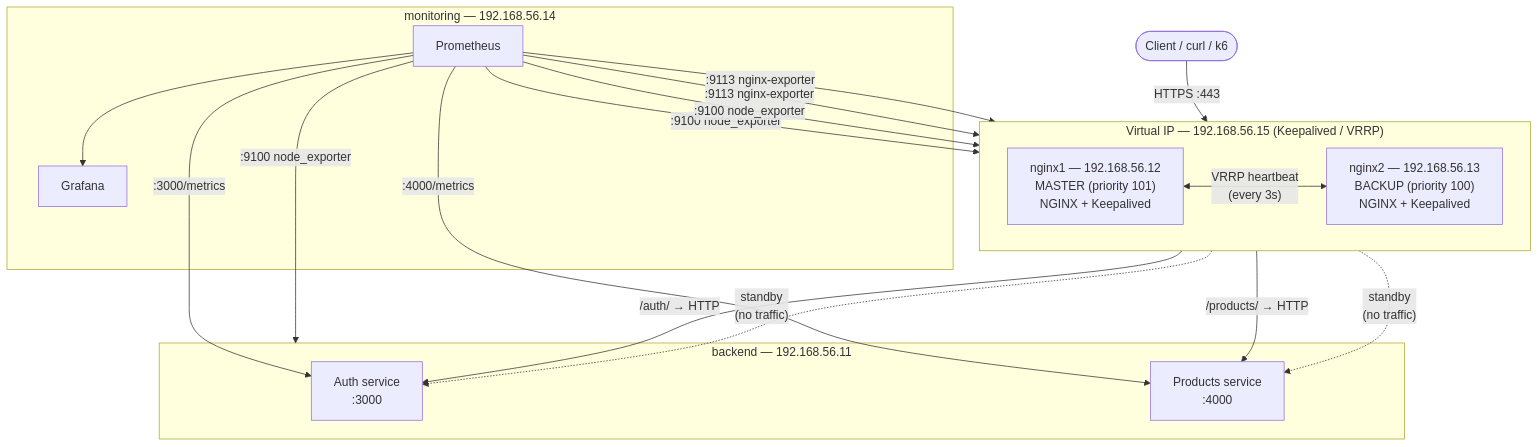
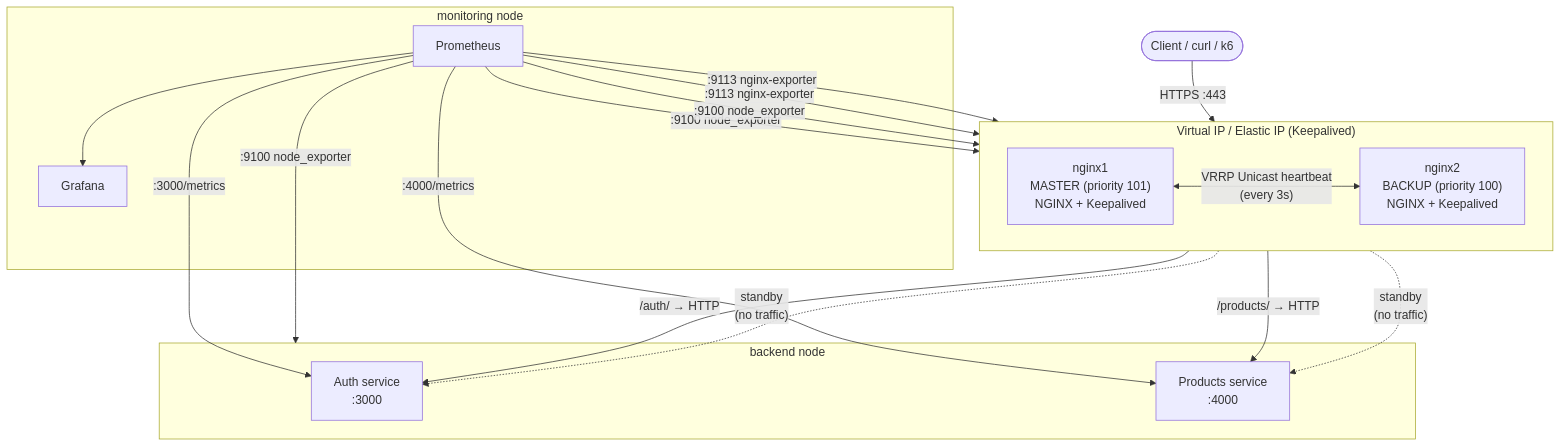
The first of 4 diagrams in README.md (kofta999/nginx-ha), drawn with Mermaid before and after one commit. The commit also changed other lines of this file and 11 other files, not shown here.

````diff
--- a/README.md
+++ b/README.md
@@ -11,36 +54,36 @@
 ```mermaid
 graph TB
     Client([Client / curl / k6])
 
-    subgraph VIP ["Virtual IP — 192.168.56.15 (Keepalived / VRRP)"]
+    subgraph VIP ["Virtual IP / Elastic IP (Keepalived)"]
         direction LR
-        N1["nginx1 — 192.168.56.12\nMASTER (priority 101)\nNGINX + Keepalived"]
-        N2["nginx2 — 192.168.56.13\nBACKUP (priority 100)\nNGINX + Keepalived"]
-        N1 <-->|"VRRP heartbeat\n(every 3s)"| N2
+        N1["nginx1\nMASTER (priority 101)\nNGINX + Keepalived"]
+        N2["nginx2\nBACKUP (priority 100)\nNGINX + Keepalived"]
+        N1 <-->|"VRRP Unicast heartbeat\n(every 3s)"| N2
     end
 
-    subgraph Backend ["backend — 192.168.56.11"]
+    subgraph Backend ["backend node"]
         AUTH["Auth service\n:3000"]
         PRODUCTS["Products service\n:4000"]
     end
 
-    subgraph Monitoring ["monitoring — 192.168.56.14"]
+    subgraph Monitoring ["monitoring node"]
         PROM[Prometheus]
         GRAF[Grafana]
         PROM --> GRAF
     end
 
     Client -->|HTTPS :443| VIP
     N1 -->|"/auth/ → HTTP"| AUTH
     N1 -->|"/products/ → HTTP"| PRODUCTS
     N2 -.->|"standby\n(no traffic)"| AUTH
     N2 -.->|"standby\n(no traffic)"| PRODUCTS
 
     PROM -->|":9100 node_exporter"| N1
     PROM -->|":9100 node_exporter"| N2
     PROM -->|":9100 node_exporter"| Backend
     PROM -->|":9113 nginx-exporter"| N1
     PROM -->|":9113 nginx-exporter"| N2
     PROM -->|":3000/metrics"| AUTH
     PROM -->|":4000/metrics"| PRODUCTS
 ```
````
